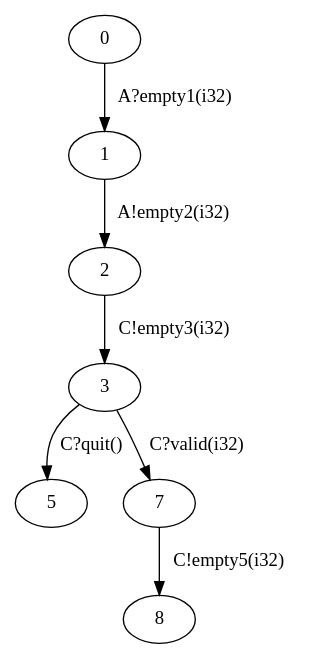
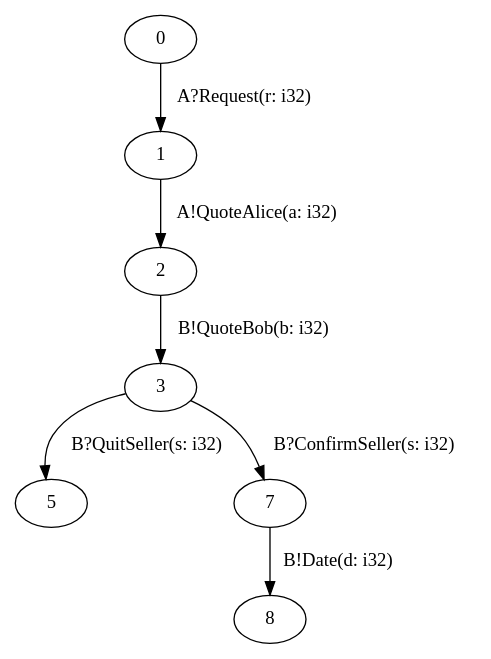
The diagram in examples/Running examples/3buyers/S_expected.dot (zakcutner/rumpsteak), drawn with Graphviz before and after one commit. The commit also changed 9 other files, not shown here.

```diff
--- a/examples/Running examples/3buyers/S_expected.dot
+++ b/examples/Running examples/3buyers/S_expected.dot
@@ -1,18 +1,18 @@
 digraph S {
   0;
   1;
   2;
   3;
   5;
   7;
   8;
   
   
-  0 -> 1 [label="A?empty1(i32)", ];
-  1 -> 2 [label="A!empty2(i32)", ];
-  2 -> 3 [label="C!empty3(i32)", ];
-  3 -> 5 [label="C?quit()", ];
-  3 -> 7 [label="C?valid(i32)", ];
-  7 -> 8 [label="C!empty5(i32)", ];
+  0 -> 1 [label="A?Request(r: i32)", ];
+  1 -> 2 [label="A!QuoteAlice(a: i32)", ];
+  2 -> 3 [label="B!QuoteBob(b: i32)", ];
+  3 -> 5 [label="B?QuitSeller(s: i32)", ];
+  3 -> 7 [label="B?ConfirmSeller(s: i32)", ];
+  7 -> 8 [label="B!Date(d: i32)", ];
   
   }
```
